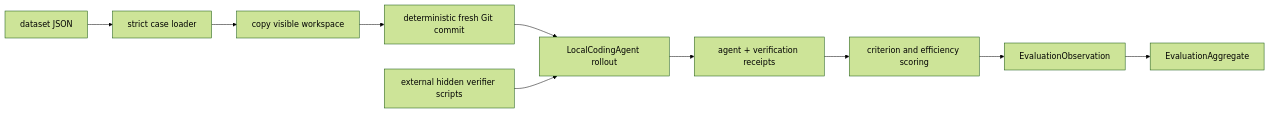
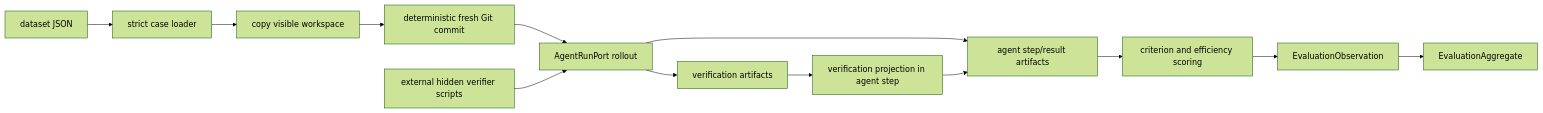
The seventh of 9 diagrams in docs/architecture-and-data-pipeline.md (jihkang/Sisyphus-Harness), drawn with Mermaid (forest theme) before and after one commit. The commit also changed other lines of this file and 17 other files, not shown here.

First line of the commit message:
Add workspace bundle contracts and audit architecture (#6)

````diff
--- a/docs/architecture-and-data-pipeline.md
+++ b/docs/architecture-and-data-pipeline.md
@@ -475,12 +518,15 @@
 ```mermaid
 flowchart LR
     Dataset["dataset JSON"] --> Cases["strict case loader"]
     Cases --> Copy["copy visible workspace"]
     Copy --> Git["deterministic fresh Git commit"]
-    Git --> Agent["LocalCodingAgent rollout"]
+    Git --> Agent["AgentRunPort rollout"]
     Hidden["external hidden verifier scripts"] --> Agent
-    Agent --> Trace["agent + verification receipts"]
+    Agent --> VerifyArtifacts["verification artifacts"]
+    Agent --> Trace["agent step/result artifacts"]
+    VerifyArtifacts --> Projection["verification projection in agent step"]
+    Projection --> Trace
     Trace --> Score["criterion and efficiency scoring"]
     Score --> Obs["EvaluationObservation"]
     Obs --> Aggregate["EvaluationAggregate"]
 ```
````
